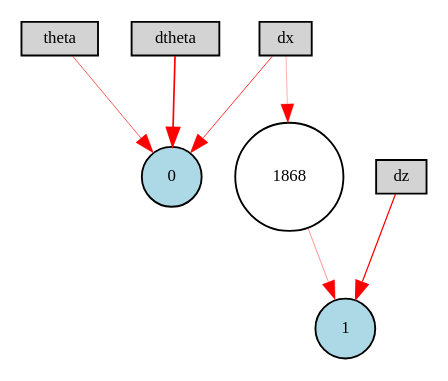
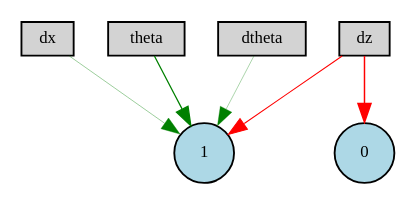
One commit to benjaminkeltjens/BioInspiredDrone changed the diagram in second_stabiliser/winner-ctrnn-enabled.gv. Above: the diagram before and after it, drawn with Graphviz. The commit also changed 548 other files, not shown here.

```diff
--- a/second_stabiliser/winner-ctrnn-enabled.gv
+++ b/second_stabiliser/winner-ctrnn-enabled.gv
@@ -1,16 +1,14 @@
 digraph {
 	node [fontsize=9 height=0.2 shape=circle width=0.2]
 	dx [fillcolor=lightgray shape=box style=filled]
 	dz [fillcolor=lightgray shape=box style=filled]
 	theta [fillcolor=lightgray shape=box style=filled]
 	dtheta [fillcolor=lightgray shape=box style=filled]
 	0 [fillcolor=lightblue style=filled]
 	1 [fillcolor=lightblue style=filled]
-	1868 [fillcolor=white style=filled]
-	theta -> 0 [color=red penwidth=0.3535841781095308 style=solid]
-	dtheta -> 0 [color=red penwidth=0.9085362209553732 style=solid]
-	dz -> 1 [color=red penwidth=0.6631293774898905 style=solid]
-	dx -> 0 [color=red penwidth=0.4330043551273727 style=solid]
-	dx -> 1868 [color=red penwidth=0.17431797680472377 style=solid]
-	1868 -> 1 [color=red penwidth=0.22687578840716474 style=solid]
+	theta -> 1 [color=green penwidth=0.6859784713391309 style=solid]
+	dtheta -> 1 [color=green penwidth=0.17547961788805386 style=solid]
+	dz -> 0 [color=red penwidth=0.7934683235851826 style=solid]
+	dx -> 1 [color=green penwidth=0.20564549330891163 style=solid]
+	dz -> 1 [color=red penwidth=0.5471421362494364 style=solid]
 }
```
